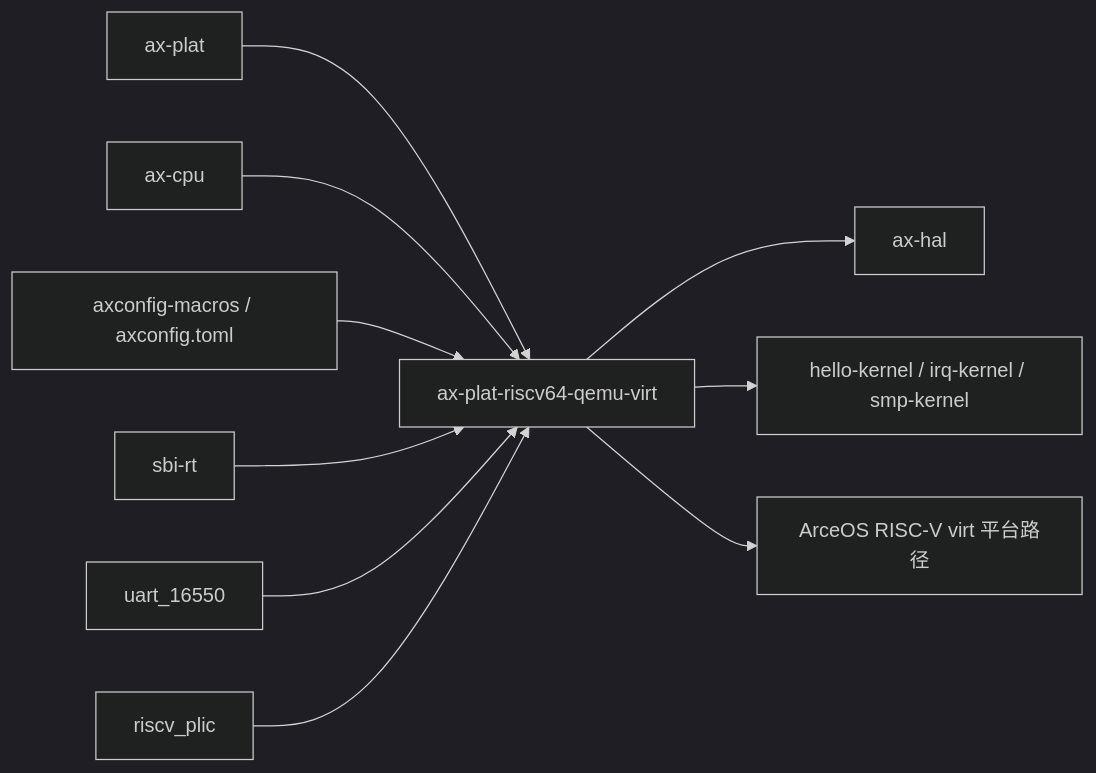
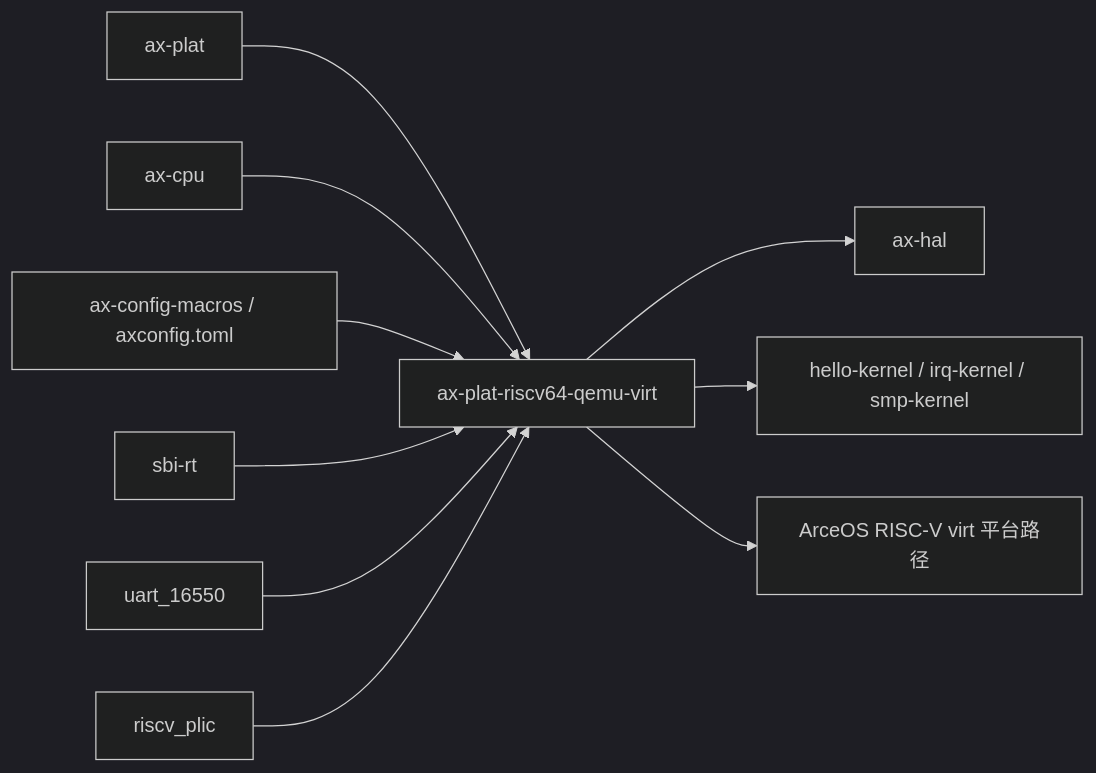
One commit to zKurisu/tgoskits changed the second of 3 diagrams in docs/crates/ax-plat-riscv64-qemu-virt.md. Above: the diagram before and after it, drawn with Mermaid (dark theme). The commit also changed other lines of this file and 75 other files, not shown here.

Commit message:
rename axconfig-macros to ax-config-macros

````diff
--- a/docs/crates/ax-plat-riscv64-qemu-virt.md
+++ b/docs/crates/ax-plat-riscv64-qemu-virt.md
@@ -119,13 +119,13 @@
 ```mermaid
 graph LR
     axplat["ax-plat"] --> current["ax-plat-riscv64-qemu-virt"]
     ax-cpu["ax-cpu"] --> current
-    axconfig["axconfig-macros / axconfig.toml"] --> current
+    axconfig["ax-config-macros / axconfig.toml"] --> current
     sbi["sbi-rt"] --> current
     uart["uart_16550"] --> current
     plic["riscv_plic"] --> current
 
     current --> ax-hal["ax-hal"]
     current --> hello["hello-kernel / irq-kernel / smp-kernel"]
     current --> arceos["ArceOS RISC-V virt 平台路径"]
 ```
````
